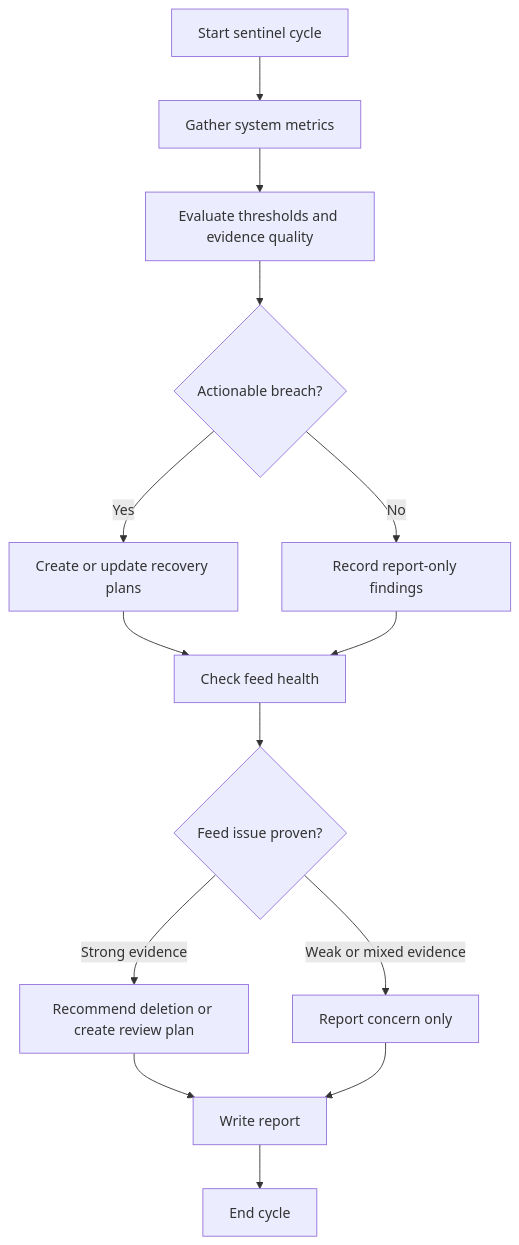
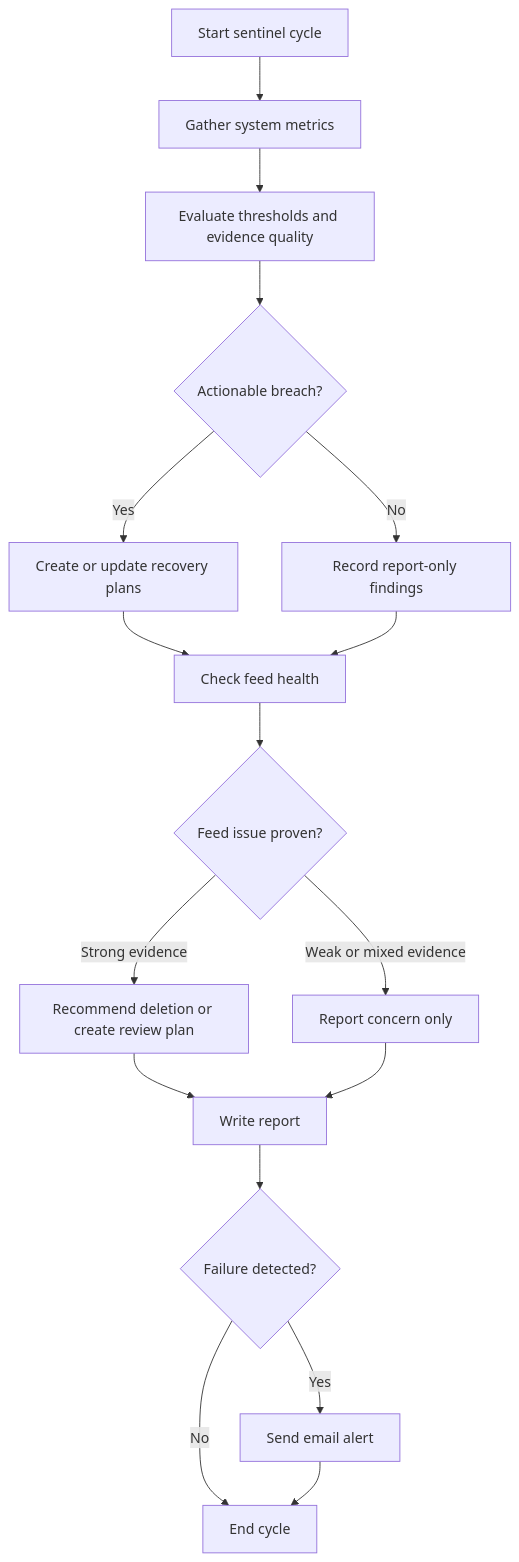
The diagram in news48/core/agents/skills/sentinel/business-logic.md (malvavisc0/news48), drawn with Mermaid before and after one commit. The commit also changed other lines of this file and 1 other file, not shown here.

Commit message:
instructing  sentinel agent to send email alerts when failures are detected

````diff
--- a/news48/core/agents/skills/sentinel/business-logic.md
+++ b/news48/core/agents/skills/sentinel/business-logic.md
@@ -5,16 +5,19 @@
 ```mermaid
 flowchart TD
     A[Start sentinel cycle] --> B[Gather system metrics]
     B --> C[Evaluate thresholds and evidence quality]
     C --> D{Actionable breach?}
     D -->|Yes| E[Create or update recovery plans]
     D -->|No| F[Record report-only findings]
     E --> G[Check feed health]
     F --> G
     G --> H{Feed issue proven?}
     H -->|Strong evidence| I[Recommend deletion or create review plan]
     H -->|Weak or mixed evidence| J[Report concern only]
     I --> K[Write report]
     J --> K
-    K --> L[End cycle]
+    K --> K2{Failure detected?}
+    K2 -->|Yes| K3[Send email alert]
+    K2 -->|No| L[End cycle]
+    K3 --> L[End cycle]
 ```
````
